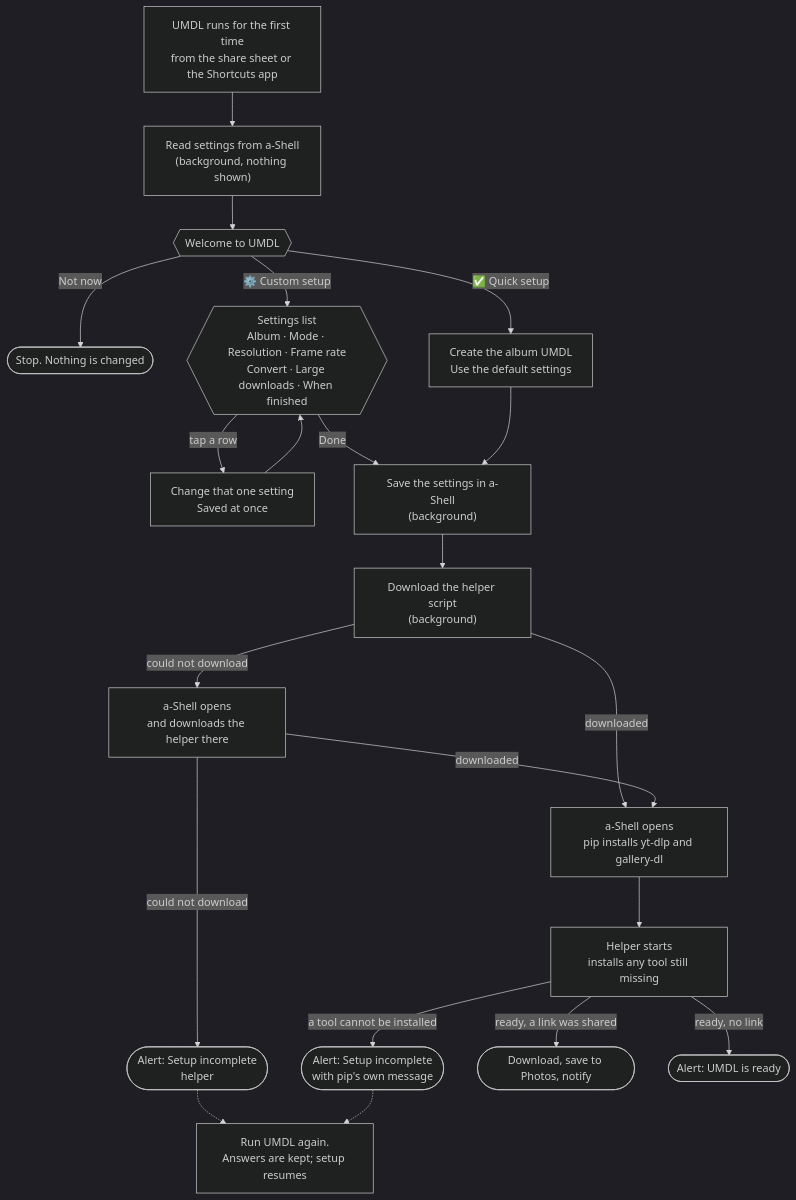
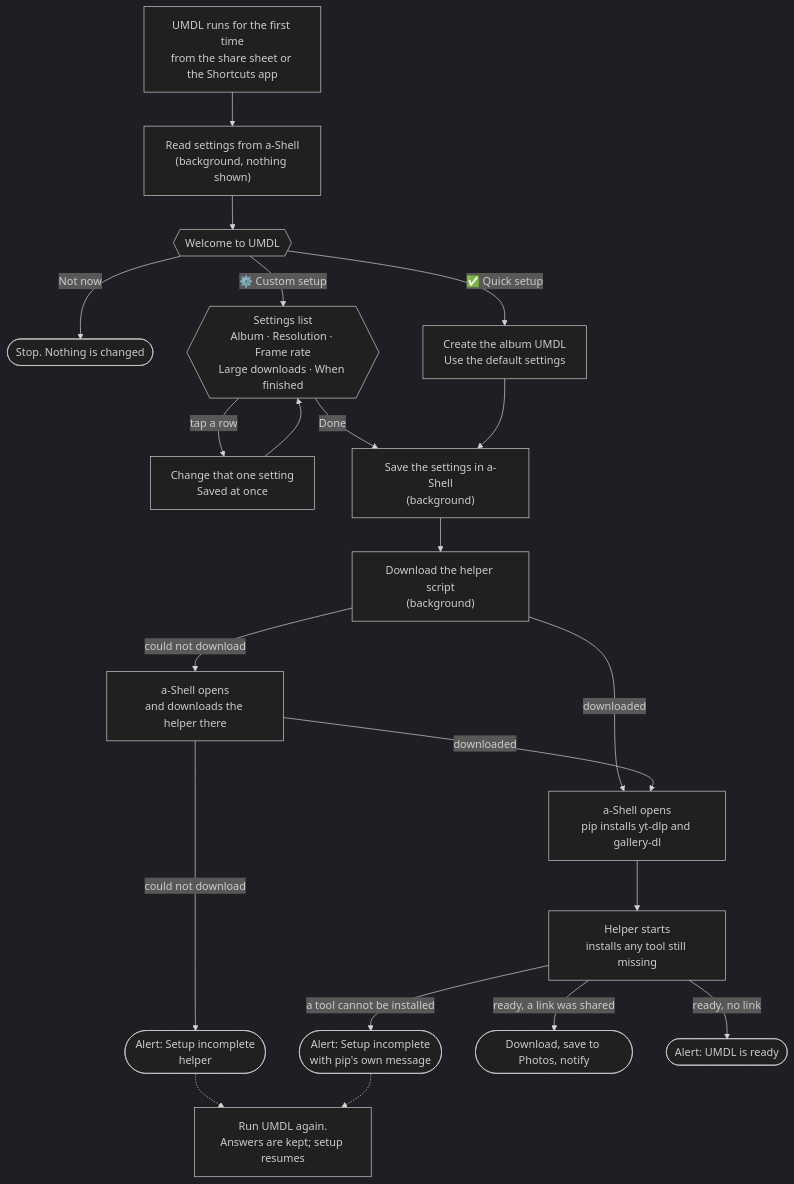
The first of 2 diagrams in docs/BEHAVIOR.md (TheKfcBandit/UMDL), drawn with Mermaid (dark theme) before and after one commit. The commit also changed other lines of this file and 16 other files, not shown here.

````diff
--- a/docs/BEHAVIOR.md
+++ b/docs/BEHAVIOR.md
@@ -46,23 +46,23 @@
 ```mermaid
 flowchart TD
     S["UMDL runs for the first time<br/>from the share sheet or the Shortcuts app"] --> P["Read settings from a-Shell<br/>(background, nothing shown)"]
     P --> W{{"Welcome to UMDL"}}
     W -- "Not now" --> X(["Stop. Nothing is changed"])
     W -- "✅ Quick setup" --> QA["Create the album UMDL<br/>Use the default settings"]
-    W -- "⚙️ Custom setup" --> C{{"Settings list<br/>Album · Mode · Resolution · Frame rate<br/>Convert · Large downloads · When finished"}}
+    W -- "⚙️ Custom setup" --> C{{"Settings list<br/>Album · Resolution · Frame rate<br/>Large downloads · When finished"}}
     C -- "tap a row" --> C1["Change that one setting<br/>Saved at once"]
     C1 --> C
     C -- "Done" --> SV
     QA --> SV["Save the settings in a-Shell<br/>(background)"]
     SV --> F["Download the helper script<br/>(background)"]
     F -- "downloaded" --> A["a-Shell opens<br/>pip installs yt-dlp and gallery-dl"]
     F -- "could not download" --> F2["a-Shell opens<br/>and downloads the helper there"]
     F2 -- "downloaded" --> A
     F2 -- "could not download" --> E1(["Alert: Setup incomplete<br/>helper"])
     A --> H["Helper starts<br/>installs any tool still missing"]
     H -- "a tool cannot be installed" --> E2(["Alert: Setup incomplete<br/>with pip's own message"])
     H -- "ready, a link was shared" --> D(["Download, save to Photos, notify"])
     H -- "ready, no link" --> R(["Alert: UMDL is ready"])
     E1 -.-> RT["Run UMDL again.<br/>Answers are kept; setup resumes"]
     E2 -.-> RT
 ```
````
